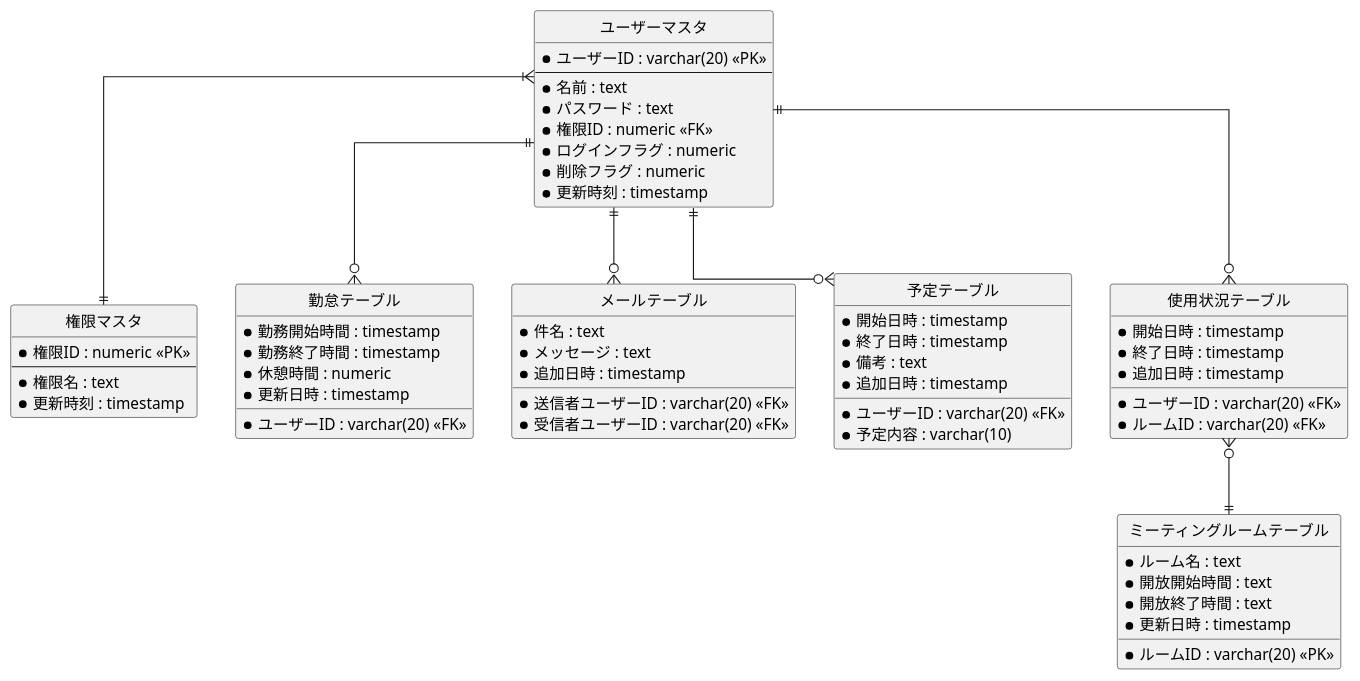
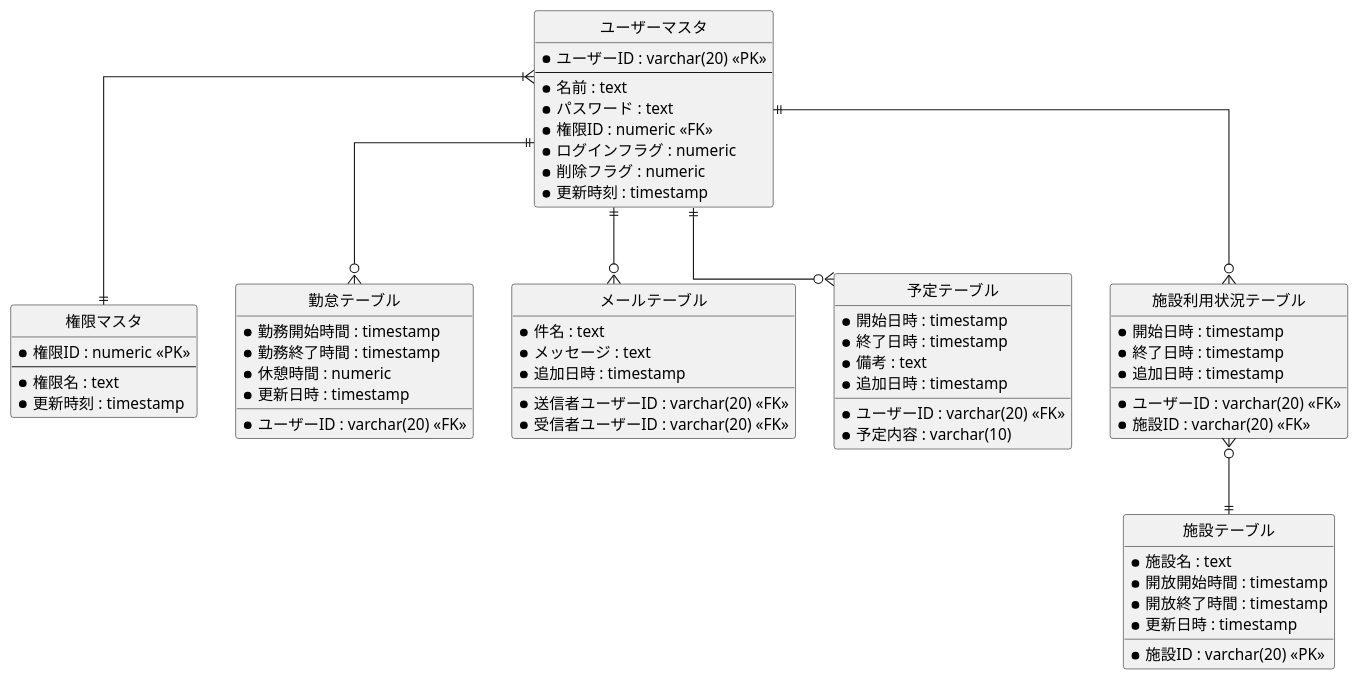
One commit to R-SAIKI/practiceUML changed the diagram in ER図/ER図.pu. Above: the diagram before and after it, drawn with PlantUML. The commit also changed 20 other files, not shown here.

```diff
--- a/ER図/ER図.pu
+++ b/ER図/ER図.pu
@@ -1,75 +1,75 @@
 @startuml
 
 ' hide the spot
 hide circle
 
 ' avoid problems with angled crows feet
 skinparam linetype ortho
 
 entity "ユーザーマスタ" as user {
   *ユーザーID : varchar(20) <<PK>>
   --
   *名前 : text
   *パスワード : text
   *権限ID : numeric <<FK>>
   *ログインフラグ : numeric
   *削除フラグ : numeric
   *更新時刻 : timestamp
 }
 
 entity "権限マスタ" as auth {
   *権限ID : numeric <<PK>> 
   --
   *権限名 : text
   *更新時刻 : timestamp
 }
 
 entity "勤怠テーブル" as attend {
   *ユーザーID : varchar(20) <<FK>>
   *勤務開始時間 : timestamp
   *勤務終了時間 : timestamp 
   *休憩時間 : numeric
   *更新日時 : timestamp
 }
 
 entity "メールテーブル" as mail {
   *送信者ユーザーID : varchar(20) <<FK>>
   *受信者ユーザーID : varchar(20) <<FK>>
   *件名 : text
   *メッセージ : text
   *追加日時 : timestamp
 }
 
 entity "予定テーブル" as plan {
   *ユーザーID : varchar(20) <<FK>>
   *予定内容 : varchar(10)
   *開始日時 : timestamp
   *終了日時 : timestamp 
   *備考 : text
   *追加日時 : timestamp
 }
 
-entity "ミーティングルームテーブル" as meeting {
-  *ルームID : varchar(20) <<PK>>
-  *ルーム名 : text 
-  *開放開始時間 : text
-  *開放終了時間 : text
+entity "施設テーブル" as meeting {
+  *施設ID : varchar(20) <<PK>>
+  *施設名 : text 
+  *開放開始時間 : timestamp
+  *開放終了時間 : timestamp
   *更新日時 : timestamp
 }
 
-entity "使用状況テーブル" as use {
+entity "施設利用状況テーブル" as use {
   *ユーザーID : varchar(20) <<FK>>
-  *ルームID : varchar(20) <<FK>>
+  *施設ID : varchar(20) <<FK>>
   *開始日時 : timestamp
   *終了日時 : timestamp 
   *追加日時 : timestamp
 }
 
 user }|--|| auth
 user ||--o{ attend
 user ||--o{ mail
 user ||--o{ plan
 user ||--o{ use
 use }o--|| meeting
 
 @enduml
```
